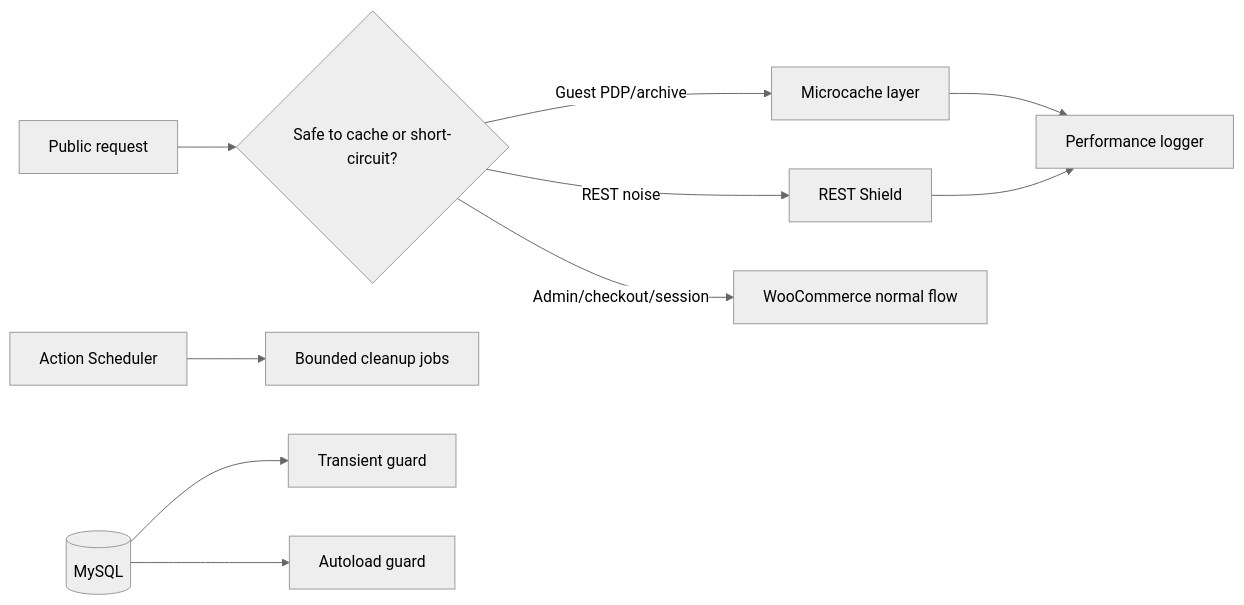
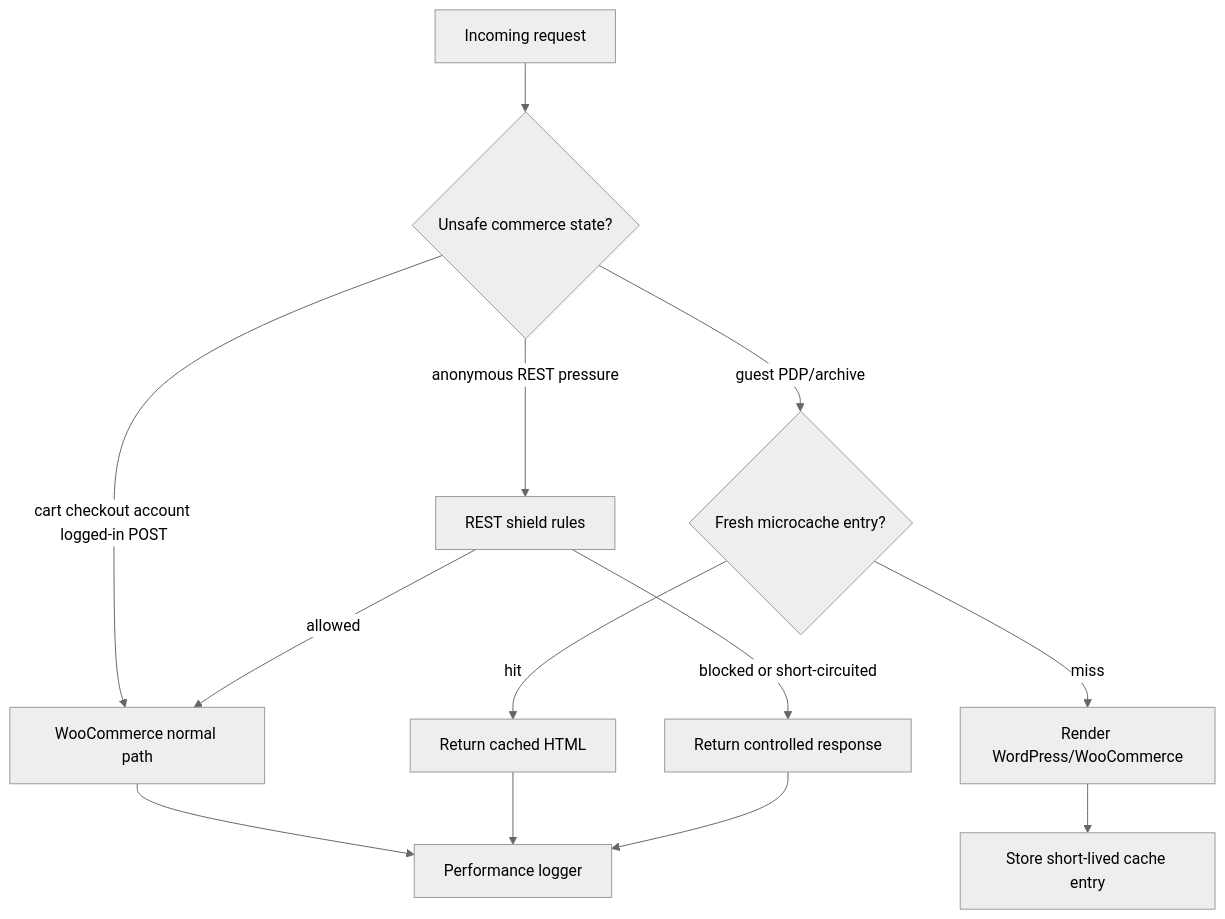
The first of 2 diagrams in README.md (shiny-a2/a2-woocommerce-performance-lab), drawn with Mermaid (neutral theme) before and after one commit. The commit also changed other lines of this file and 4 other files, not shown here.

````diff
--- a/README.md
+++ b/README.md
@@ -40,12 +46,15 @@
 ```mermaid
-flowchart LR
-    Request[Public request] --> Guard{Safe to cache or short-circuit?}
-    Guard -->|Guest PDP/archive| Cache[Microcache layer]
-    Guard -->|REST noise| RestShield[REST Shield]
-    Guard -->|Admin/checkout/session| Woo[WooCommerce normal flow]
-    Cache --> Logger[Performance logger]
-    RestShield --> Logger
-    Queue[Action Scheduler] --> Cleanup[Bounded cleanup jobs]
-    DB[(MySQL)] --> Transients[Transient guard]
-    DB --> Autoload[Autoload guard]
+flowchart TD
+    A[Incoming request] --> B{Unsafe commerce state?}
+    B -->|cart checkout account logged-in POST| W[WooCommerce normal path]
+    B -->|guest PDP/archive| C{Fresh microcache entry?}
+    C -->|hit| H[Return cached HTML]
+    C -->|miss| R[Render WordPress/WooCommerce]
+    R --> S[Store short-lived cache entry]
+    B -->|anonymous REST pressure| G[REST shield rules]
+    G -->|allowed| W
+    G -->|blocked or short-circuited| L[Return controlled response]
+    W --> M[Performance logger]
+    H --> M
+    L --> M
 ```
````
